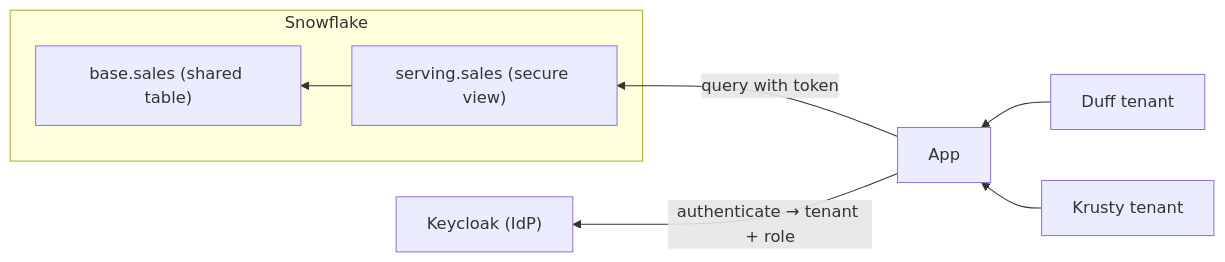
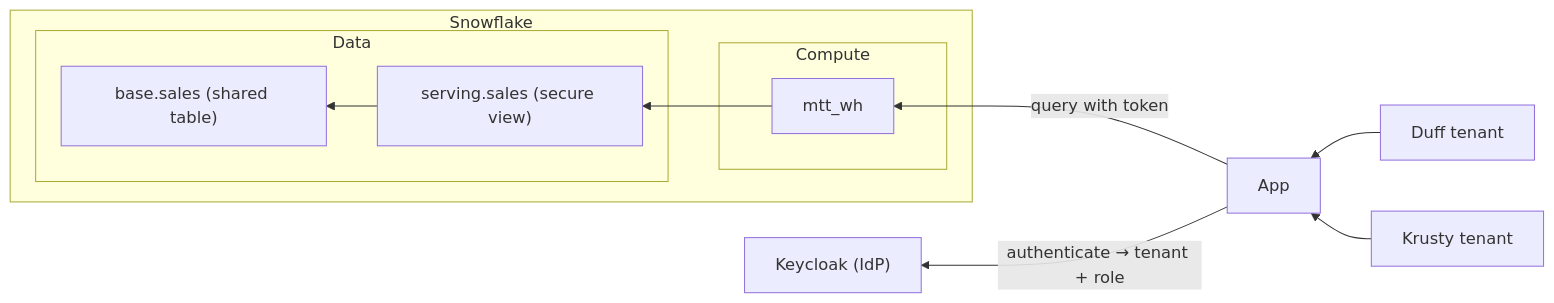
Before and after one commit to sfc-gh-rdominguez/snowflake-mutlitenant-patterns: the diagram in mtt/docs/00_WALKTHROUGH.md, drawn with Mermaid.

Commit message:
docs(mtt): clarify og diagram with compute
Clarifies the original diagram in mtt by adding a compute resource
instead of giving the impression the query goes directly to the data
layer.

````diff
--- a/mtt/docs/00_WALKTHROUGH.md
+++ b/mtt/docs/00_WALKTHROUGH.md
@@ -12,11 +12,18 @@
 ```mermaid
 flowchart RL
     duff["Duff tenant"] --> app
     krusty["Krusty tenant"] --> app
     app["App"] -->|"authenticate → tenant + role"| idp["Keycloak (IdP)"]
-    app -->|"query with token"| view
+    app -->|"query with token"| mtt-wh
 
     subgraph snowflake["Snowflake"]
-        view["serving.sales (secure view)"] --> sales["base.sales (shared table)"]
+        subgraph compute["Compute"]
+            mtt-wh["mtt_wh"]
+        end
+        subgraph data["Data"]
+            view["serving.sales (secure view)"] --> sales["base.sales (shared table)"]
+        end
+
+            mtt-wh --> view
     end
 ```
````
